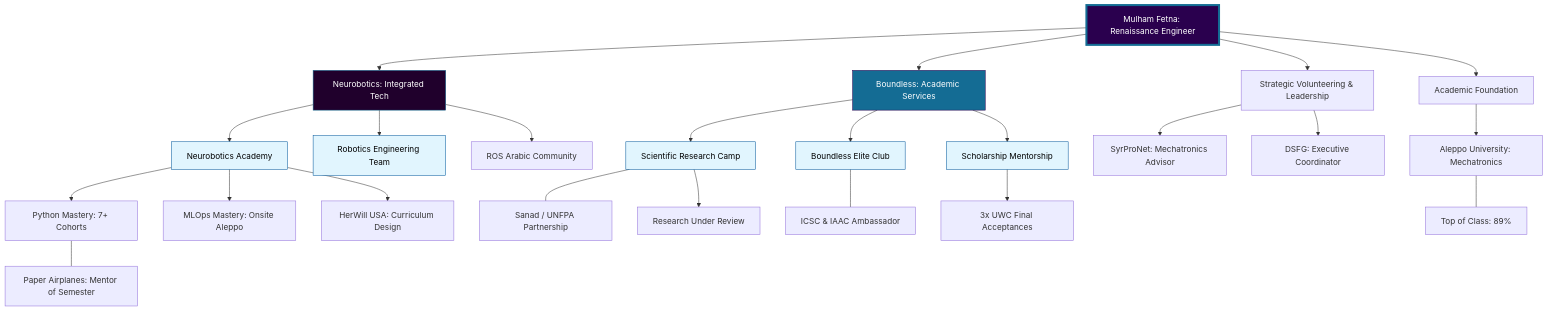
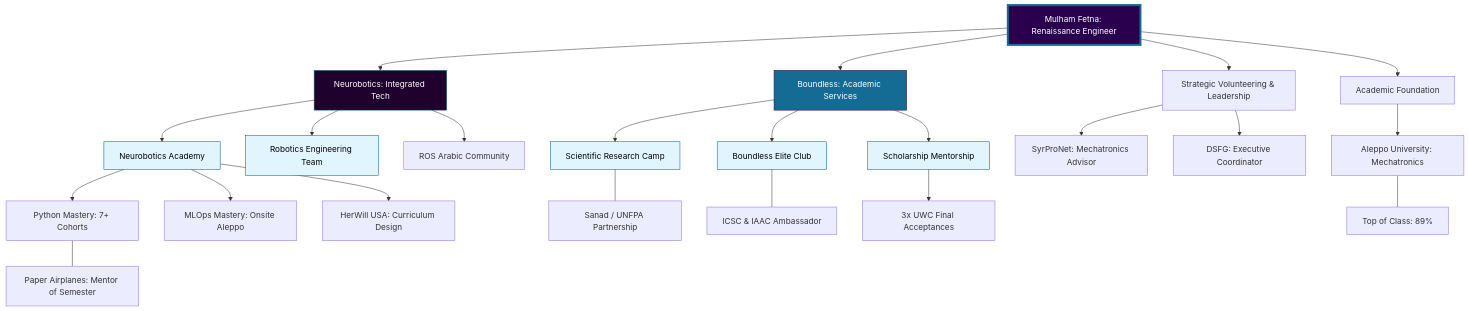
One commit to mulhamfetna/mulham-fetna-blog changed the diagram in content/About/_index.md. Above: the diagram before and after it, drawn with Mermaid. The commit also changed other lines of this file and 9 other files, not shown here.

```diff
--- a/content/About/_index.md
+++ b/content/About/_index.md
@@ -39,44 +39,43 @@
 {{<mermaid>}}
 graph TD
     MF[Mulham Fetna: Renaissance Engineer]
     style MF fill:#2a004e,color:#fff,stroke:#146c94,stroke-width:4px
 
     NB[Neurobotics: Integrated Tech]
     BL[Boundless: Academic Services]
     style NB fill:#20002c,color:#fff,stroke:#146c94
     style BL fill:#146c94,color:#fff,stroke:#2a004e
 
     MF --> NB
     MF --> BL
     MF --> VOL[Strategic Volunteering & Leadership]
     MF --> EDU[Academic Foundation]
 
     NB --> NA[Neurobotics Academy]
     NB --> NET[Robotics Engineering Team]
     NB --> ROS[ROS Arabic Community]
 
     NA --> P7[Python Mastery: 7+ Cohorts]
     NA --> MLO[MLOps Mastery: Onsite Aleppo]
     NA --> HW[HerWill USA: Curriculum Design]
 
     P7 --- PA[Paper Airplanes: Mentor of Semester]
 
     BL --> SRC[Scientific Research Camp]
     BL --> BEC[Boundless Elite Club]
     BL --> SM[Scholarship Mentorship]
 
     SRC --- SND[Sanad / UNFPA Partnership]
-    SRC --> PUB[Research Under Review]
 
     BEC --- AMB[ICSC & IAAC Ambassador]
     SM --> UWC[3x UWC Final Acceptances]
 
     VOL --> SPN[SyrProNet: Mechatronics Advisor]
     VOL --> DSFG[DSFG: Executive Coordinator]
 
     EDU --> AL[Aleppo University: Mechatronics]
     AL --- TOP[Top of Class: 89%]
 
     classDef project fill:#e1f5fe,stroke:#01579b,color:#000;
     class NA,SRC,BEC,SM,NET project;
 {{</mermaid>}}
```
